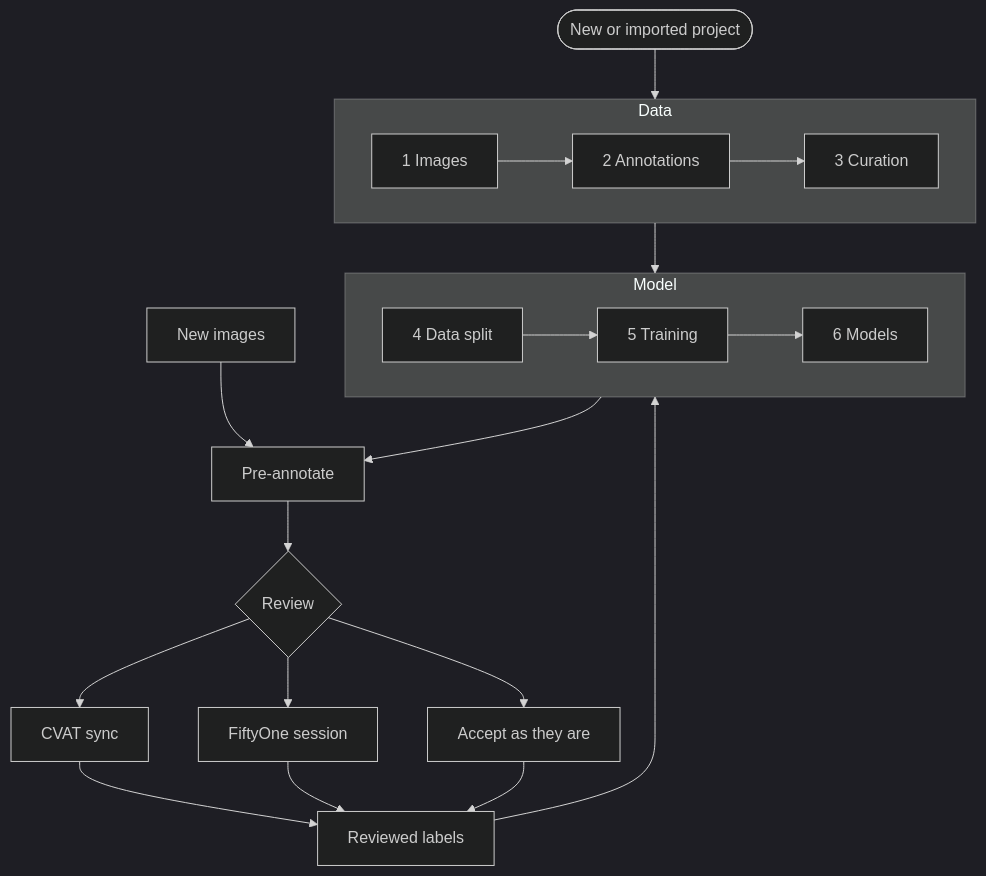
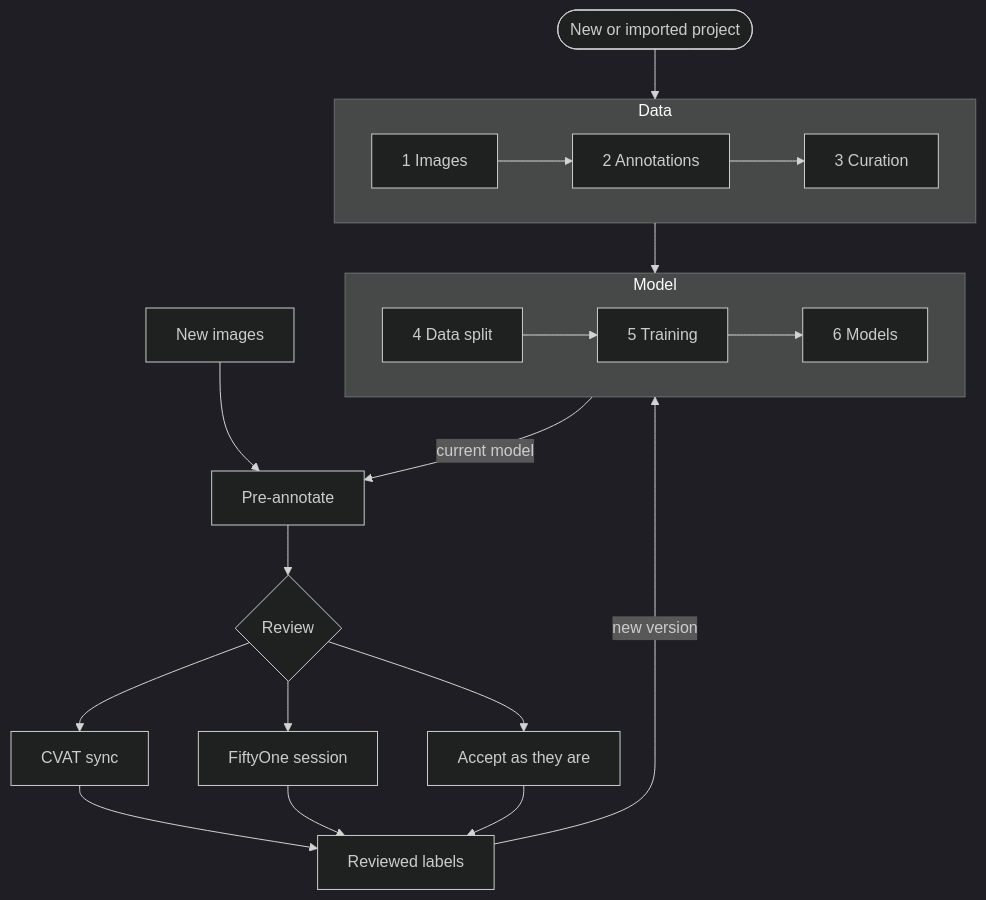
One commit to karemdm/activelabel changed the third of 8 diagrams in docs/ARCHITECTURE.md. Above: the diagram before and after it, drawn with Mermaid (dark theme). The commit also changed 2 other files, not shown here.

Commit message:
docs: stack the workflow diagrams vertically so their texts no longer shrink or cross

````diff
--- a/docs/ARCHITECTURE.md
+++ b/docs/ARCHITECTURE.md
@@ -88,23 +88,23 @@
 ```mermaid
 flowchart TB
-  S(["New or imported project"]) --> A1
+  S(["New or imported project"]) --> Data
   subgraph Data
     direction LR
     A1["1 Images"] --> A2["2 Annotations"] --> A3["3 Curation"]
   end
   subgraph Model
     direction LR
     B4["4 Data split"] --> B5["5 Training"] --> B6["6 Models"]
   end
-  A3 --> B4
-  B6 --> PRE["Pre-annotate"]
+  Data --> Model
+  Model -- "current model" --> PRE["Pre-annotate"]
   NEW["New images"] --> PRE
   PRE --> REV{"Review"}
   REV --> CV["CVAT sync"]
   REV --> FO["FiftyOne session"]
   REV --> AC["Accept as they are"]
   CV --> LAB["Reviewed labels"]
   FO --> LAB
   AC --> LAB
-  LAB --> B4
+  LAB -- "new version" --> Model
 ```
````
